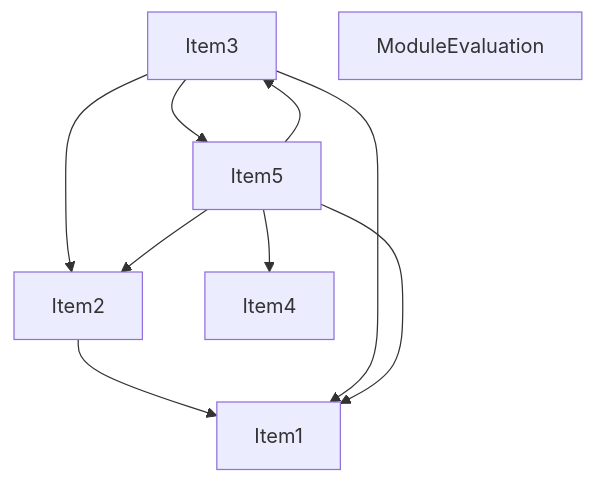
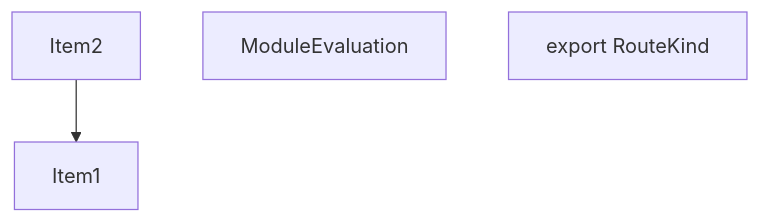
One commit to vercel/turborepo changed the third of 5 diagrams in crates/turbopack-ecmascript/tests/tree-shaker/analyzer/route-kind/output.md. Above: the diagram before and after it, drawn with Mermaid. The commit also changed other lines of this file, not shown here.

````diff
--- a/crates/turbopack-ecmascript/tests/tree-shaker/analyzer/route-kind/output.md
+++ b/crates/turbopack-ecmascript/tests/tree-shaker/analyzer/route-kind/output.md
@@ -98,18 +53,10 @@
 ```mermaid
 graph TD
     Item1;
     Item2;
     Item3;
+    Item3["ModuleEvaluation"];
     Item4;
-    Item5;
-    Item6;
-    Item6["ModuleEvaluation"];
+    Item4["export RouteKind"];
     Item2 --> Item1;
-    Item3 --> Item1;
-    Item3 --> Item2;
-    Item5 --> Item4;
-    Item5 --> Item1;
-    Item5 --> Item2;
-    Item5 --> Item3;
-    Item3 --> Item5;
 ```
````
